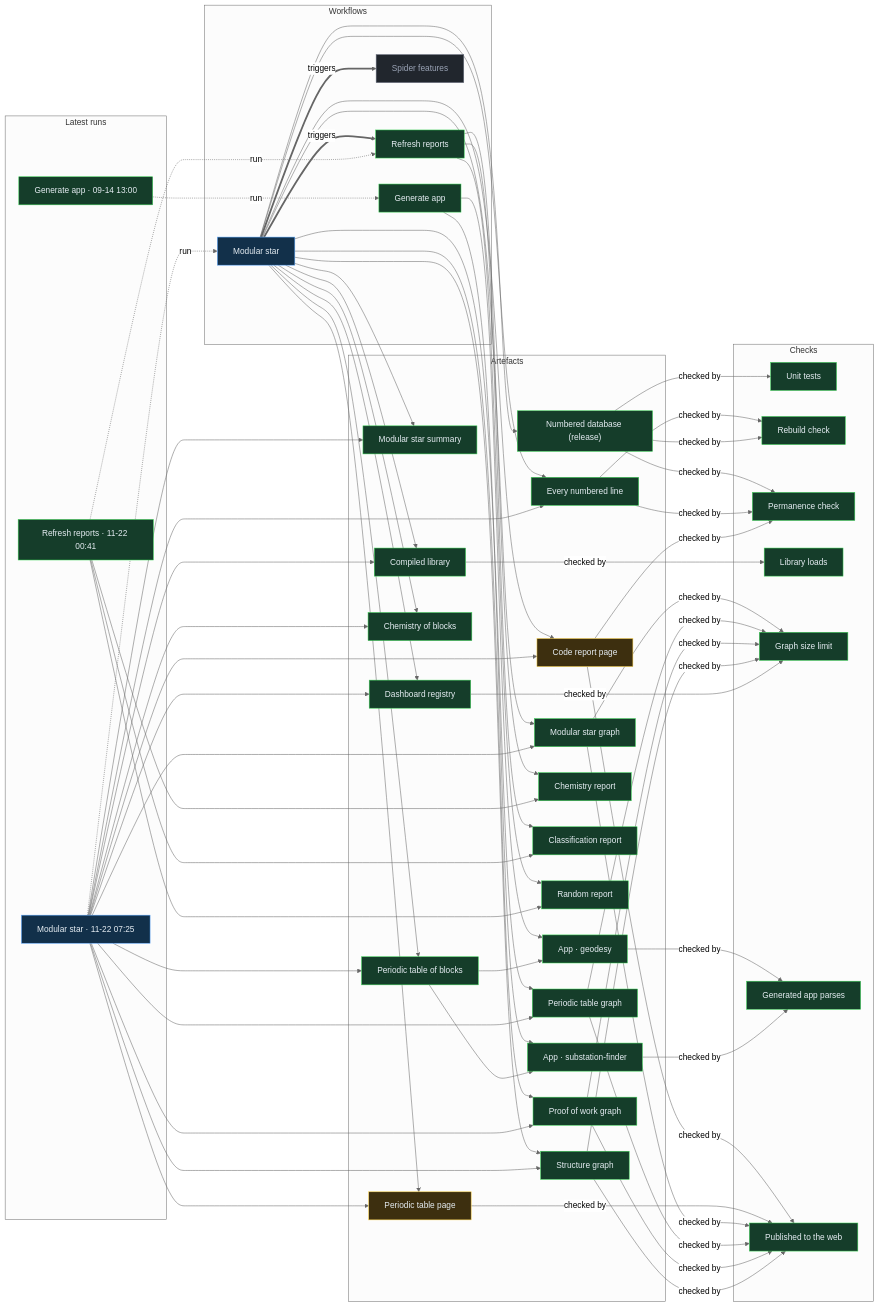
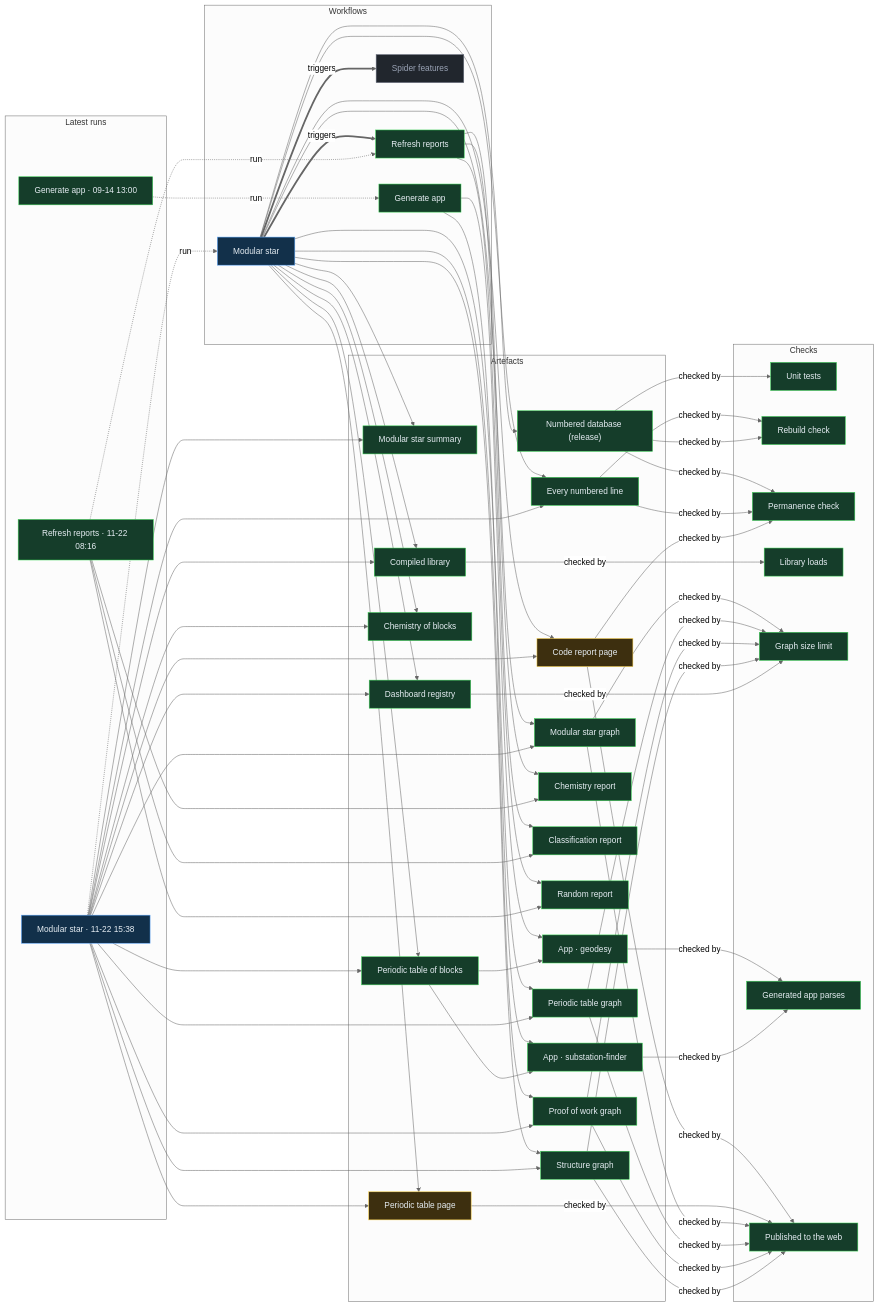
The diagram in proof/PROOF.md (Ventusltd/stars), drawn with Mermaid (neutral theme) before and after one commit. The commit also changed other lines of this file and 163 other files, not shown here.

Commit message:
Modular star 2026-11-22T15:40Z

```diff
--- a/proof/PROOF.md
+++ b/proof/PROOF.md
@@ -24,8 +24,8 @@
   n_wf_spider_features["Spider features"]:::off
   end
   subgraph g_runs["Latest runs"]
-  n_run_44998174528["Modular star · 11-22 07:25"]:::live
-  n_run_44967859743["Refresh reports · 11-22 00:41"]:::ok
+  n_run_45039434503["Modular star · 11-22 15:38"]:::live
+  n_run_45001998543["Refresh reports · 11-22 08:16"]:::ok
   n_run_34846587798["Generate app · 09-14 13:00"]:::ok
   end
   subgraph g_artefacts["Artefacts"]
@@ -59,39 +59,39 @@
   end
   n_wf_modular_star == triggers ==> n_wf_refresh
   n_wf_modular_star == triggers ==> n_wf_spider_features
-  n_run_44998174528 -. run .-> n_wf_modular_star
-  n_run_44967859743 -. run .-> n_wf_refresh
+  n_run_45039434503 -. run .-> n_wf_modular_star
+  n_run_45001998543 -. run .-> n_wf_refresh
   n_run_34846587798 -. run .-> n_wf_generate
   n_wf_modular_star --> n_art_summary
-  n_run_44998174528 --> n_art_summary
+  n_run_45039434503 --> n_art_summary
   n_wf_modular_star --> n_art_lines
-  n_run_44998174528 --> n_art_lines
+  n_run_45039434503 --> n_art_lines
   n_wf_modular_star --> n_art_code
-  n_run_44998174528 --> n_art_code
+  n_run_45039434503 --> n_art_code
   n_wf_modular_star --> n_art_modular_graph
-  n_run_44998174528 --> n_art_modular_graph
+  n_run_45039434503 --> n_art_modular_graph
   n_wf_modular_star --> n_art_blocks
-  n_run_44998174528 --> n_art_blocks
+  n_run_45039434503 --> n_art_blocks
   n_wf_modular_star --> n_art_table
-  n_run_44998174528 --> n_art_table
+  n_run_45039434503 --> n_art_table
   n_wf_modular_star --> n_art_blocks_graph
-  n_run_44998174528 --> n_art_blocks_graph
+  n_run_45039434503 --> n_art_blocks_graph
   n_wf_modular_star --> n_art_reactions
-  n_run_44998174528 --> n_art_reactions
+  n_run_45039434503 --> n_art_reactions
   n_wf_modular_star --> n_art_library
-  n_run_44998174528 --> n_art_library
+  n_run_45039434503 --> n_art_library
   n_wf_modular_star --> n_art_features
-  n_run_44998174528 --> n_art_features
+  n_run_45039434503 --> n_art_features
   n_wf_modular_star --> n_art_proof
-  n_run_44998174528 --> n_art_proof
+  n_run_45039434503 --> n_art_proof
   n_wf_modular_star --> n_art_structure
-  n_run_44998174528 --> n_art_structure
+  n_run_45039434503 --> n_art_structure
   n_wf_refresh --> n_art_chemistry
-  n_run_44967859743 --> n_art_chemistry
+  n_run_45001998543 --> n_art_chemistry
   n_wf_refresh --> n_art_vedic
-  n_run_44967859743 --> n_art_vedic
+  n_run_45001998543 --> n_art_vedic
   n_wf_refresh --> n_art_random
-  n_run_44967859743 --> n_art_random
+  n_run_45001998543 --> n_art_random
   n_wf_modular_star --> n_art_release
   n_wf_generate --> n_app_geodesy
   n_art_blocks --> n_app_geodesy
```
